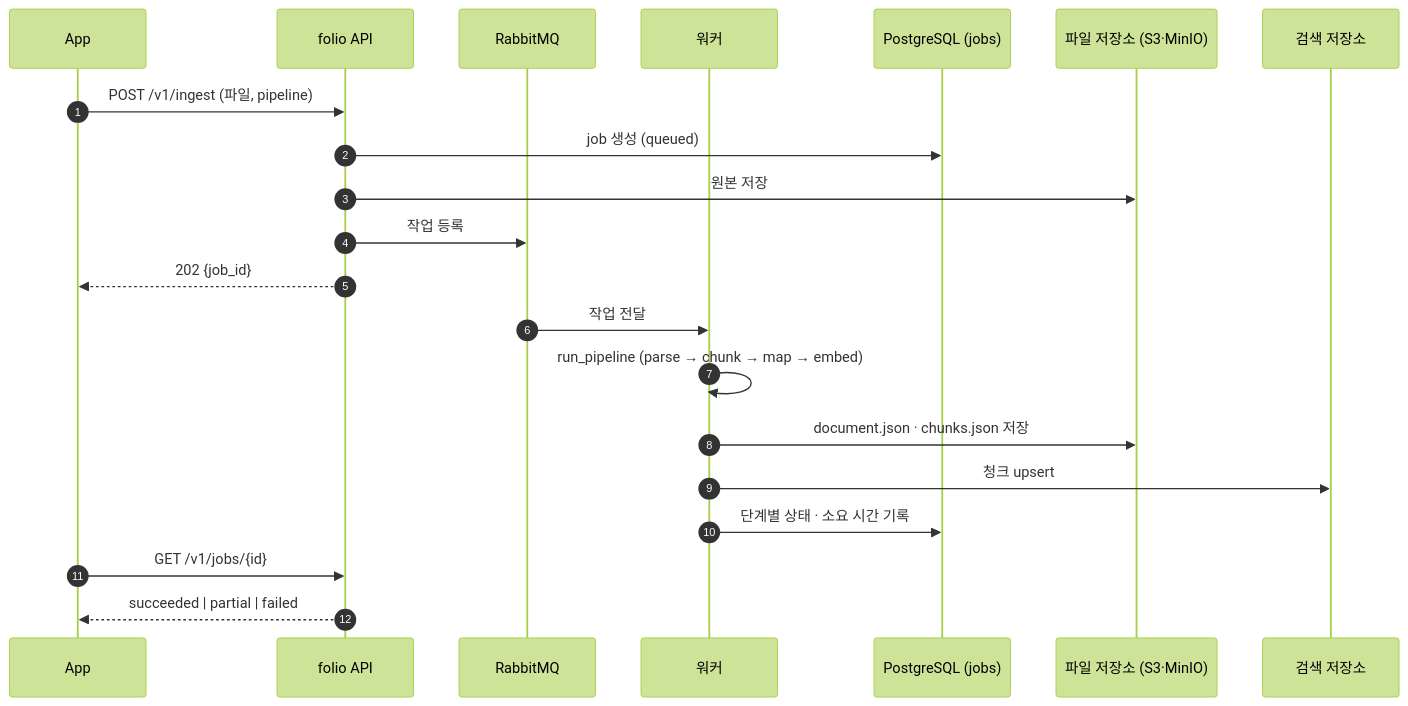
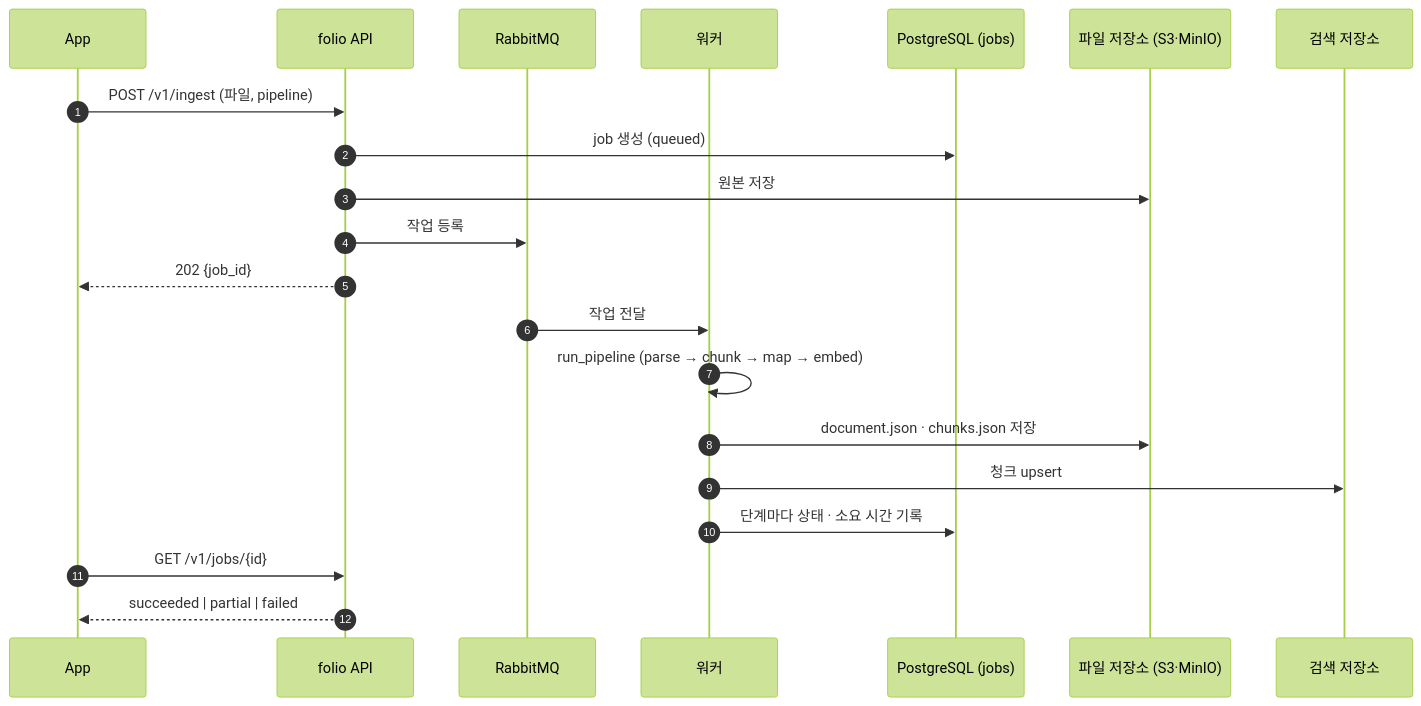
The third of 7 diagrams in README.md (pilsu-choi/folio), drawn with Mermaid (forest theme) before and after one commit. The commit also changed other lines of this file and 1 other file, not shown here.

Commit message:
docs(readme): fix parse/search diagram labels, restore DAG path and contract note

````diff
--- a/README.md
+++ b/README.md
@@ -57,24 +57,24 @@
 ```mermaid
 sequenceDiagram
     autonumber
     participant App
     participant API as folio API
     participant Q as RabbitMQ
     participant W as 워커
     participant DB as PostgreSQL (jobs)
     participant S3 as 파일 저장소 (S3·MinIO)
     participant Idx as 검색 저장소
 
     App->>API: POST /v1/ingest (파일, pipeline)
     API->>DB: job 생성 (queued)
     API->>S3: 원본 저장
     API->>Q: 작업 등록
     API-->>App: 202 {job_id}
     Q->>W: 작업 전달
     W->>W: run_pipeline (parse → chunk → map → embed)
     W->>S3: document.json · chunks.json 저장
     W->>Idx: 청크 upsert
-    W->>DB: 단계별 상태 · 소요 시간 기록
+    W->>DB: 단계마다 상태 · 소요 시간 기록
     App->>API: GET /v1/jobs/{id}
     API-->>App: succeeded | partial | failed
 ```
````
